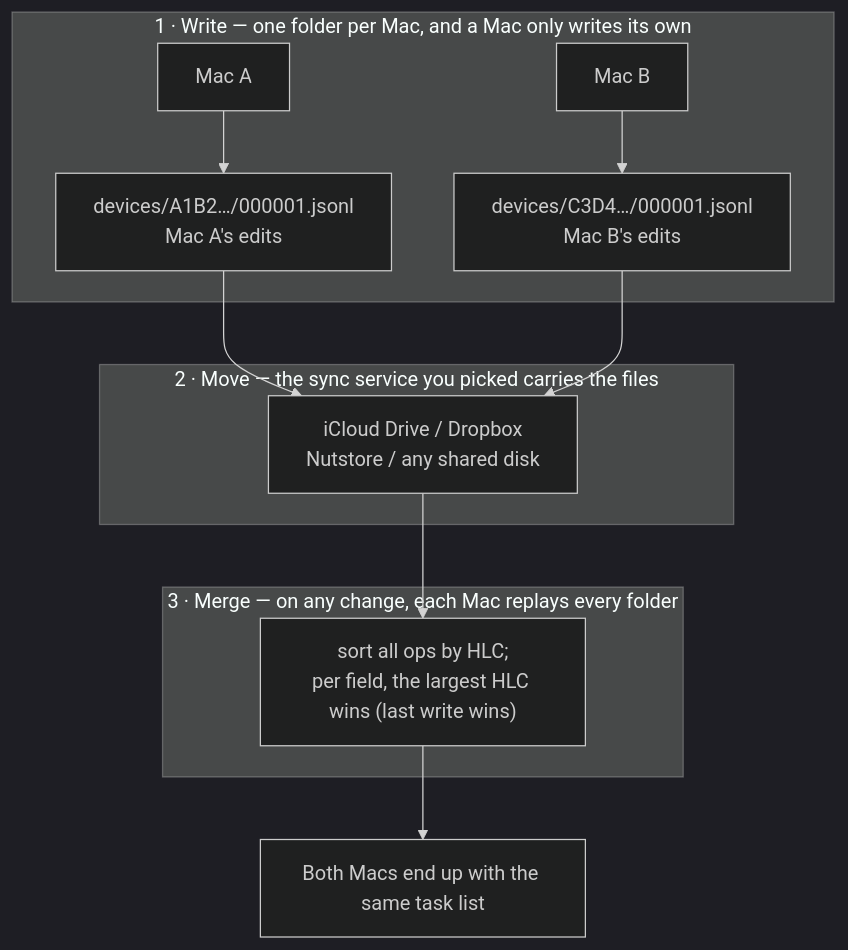
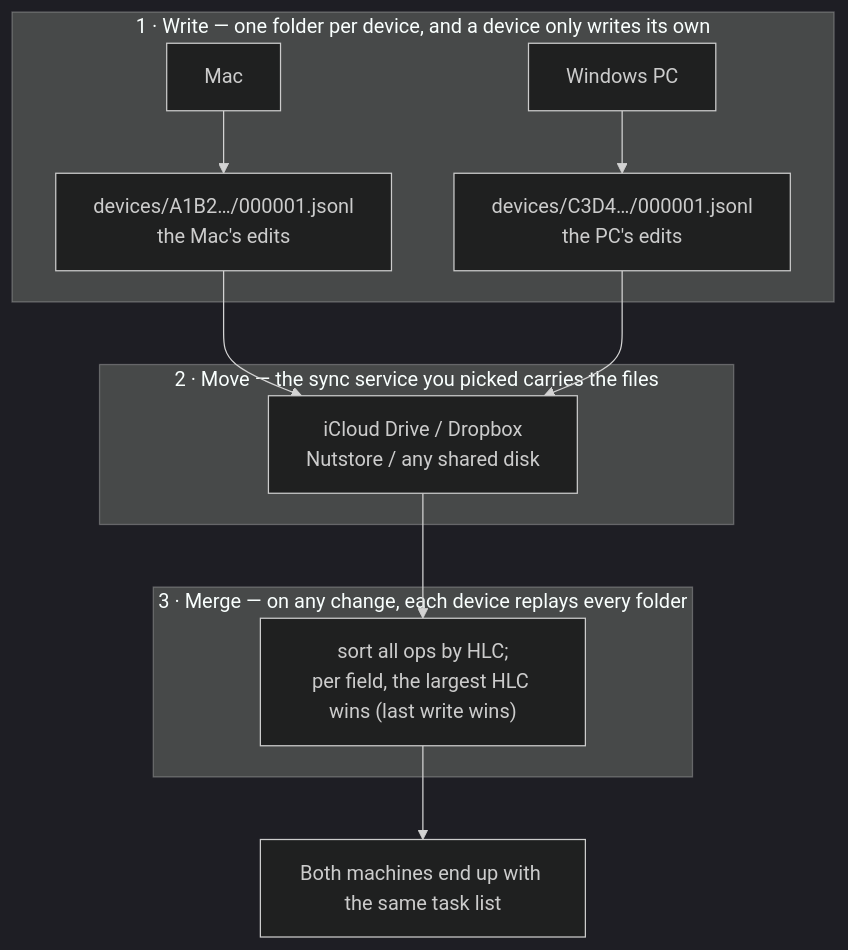
The diagram in README.md (yaodongen/kapibala), drawn with Mermaid (dark theme) before and after one commit. The commit also changed other lines of this file and 1 other file, not shown here.

Commit message:
docs: README 补上 Windows 支持（下载、快速开始、多设备同步、托盘退出、Mac 上交叉打包与 KAPIBALA_OS 预览），版本号 1.10.0

````diff
--- a/README.md
+++ b/README.md
@@ -43,17 +49,17 @@
 ```mermaid
 flowchart TD
-    subgraph W["1 · Write — one folder per Mac, and a Mac only writes its own"]
-        MA["Mac A"] --> FA["devices/A1B2…/000001.jsonl<br/>Mac A's edits"]
-        MB["Mac B"] --> FB["devices/C3D4…/000001.jsonl<br/>Mac B's edits"]
+    subgraph W["1 · Write — one folder per device, and a device only writes its own"]
+        MA["Mac"] --> FA["devices/A1B2…/000001.jsonl<br/>the Mac's edits"]
+        MB["Windows PC"] --> FB["devices/C3D4…/000001.jsonl<br/>the PC's edits"]
     end
     subgraph T["2 · Move — the sync service you picked carries the files"]
         SY["iCloud Drive / Dropbox<br/>Nutstore / any shared disk"]
     end
-    subgraph R["3 · Merge — on any change, each Mac replays every folder"]
+    subgraph R["3 · Merge — on any change, each device replays every folder"]
         MG["sort all ops by HLC;<br/>per field, the largest HLC wins (last write wins)"]
     end
     FA --> SY
     FB --> SY
     SY --> MG
-    MG --> UI["Both Macs end up with the same task list"]
+    MG --> UI["Both machines end up with the same task list"]
 ```
````
